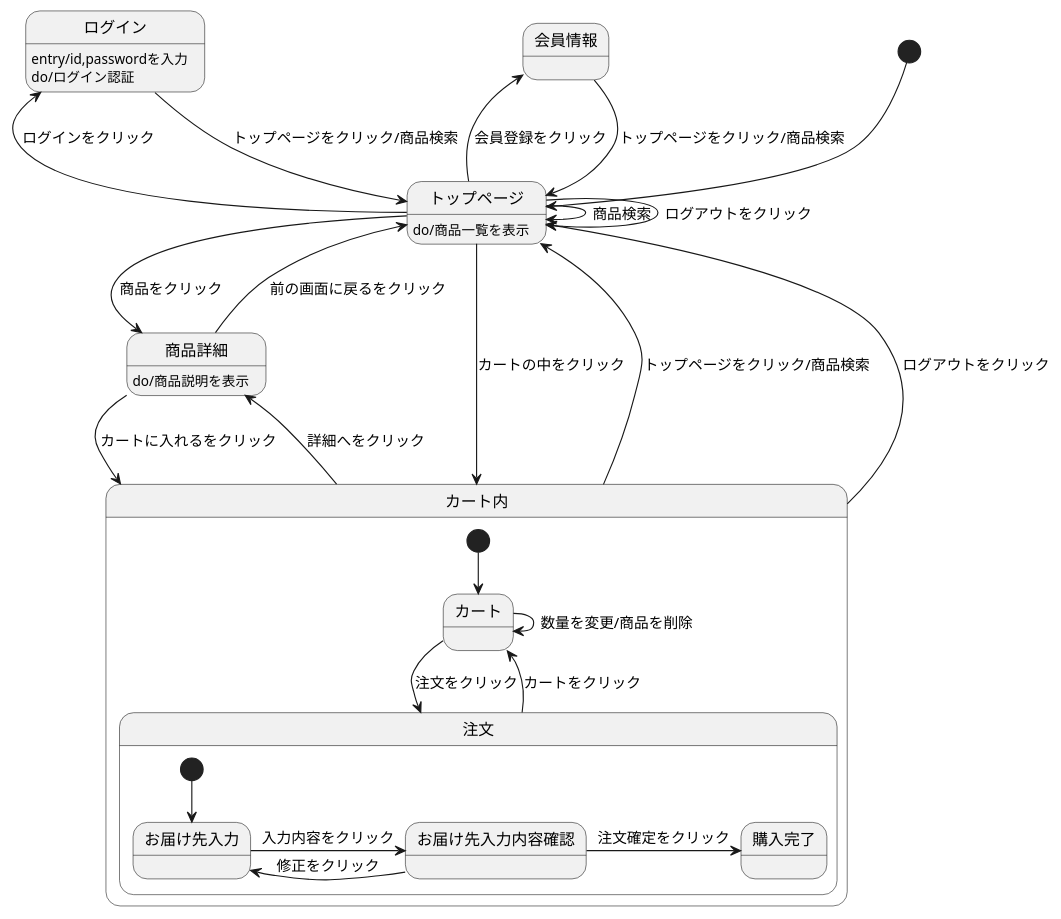
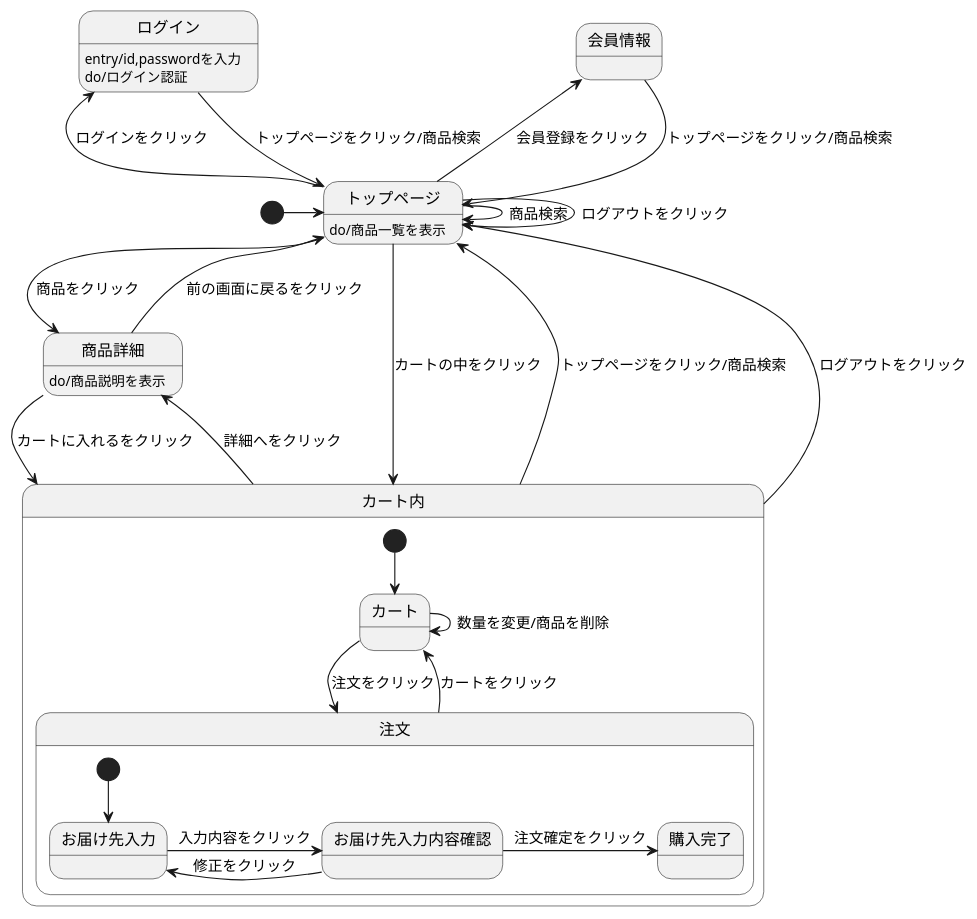
One commit to Aso2101121/2021sys-design changed the diagram in samplegamen.md. Above: the diagram before and after it, drawn with PlantUML.

````diff
--- a/samplegamen.md
+++ b/samplegamen.md
@@ -1,35 +1,35 @@
 ```uml
 @startuml
-[*] --> トップページ
+[*] -> トップページ
 会員情報 --> トップページ : トップページをクリック/商品検索
 ログイン --> トップページ : トップページをクリック/商品検索
 ログイン:entry/id,passwordを入力
 ログイン:do/ログイン認証
 トップページ --> トップページ : ログアウトをクリック
 トップページ -> トップページ : 商品検索
 トップページ -> 商品詳細 : 商品をクリック
 トップページ -left->会員情報 : 会員登録をクリック
 トップページ -left-> ログイン : ログインをクリック
 トップページ --> カート内 : カートの中をクリック
 トップページ:do/商品一覧を表示
 商品詳細 --> カート内 : カートに入れるをクリック
 商品詳細 --> トップページ : 前の画面に戻るをクリック
 商品詳細:do/商品説明を表示
 カート内 -up-> トップページ : トップページをクリック/商品検索
 カート内 -up-> トップページ : ログアウトをクリック
 カート内 -> 商品詳細 : 詳細へをクリック
 
 state カート内 {
 [*] --> カート
 カート -> 注文 : 注文をクリック
 カート -> カート : 数量を変更/商品を削除
 注文 --> カート : カートをクリック
 state 注文 {
 [*] --> お届け先入力
 お届け先入力 -> お届け先入力内容確認 : 入力内容をクリック
 お届け先入力内容確認 -> お届け先入力 : 修正をクリック
 お届け先入力内容確認 -> 購入完了 : 注文確定をクリック
 }
 }
 @enduml
 ```
````
